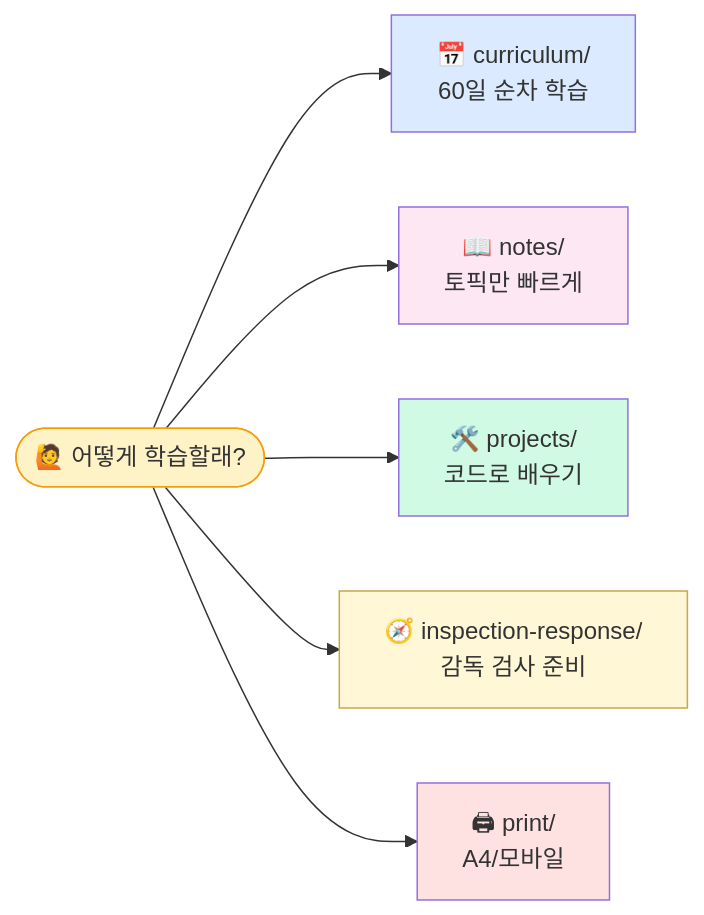
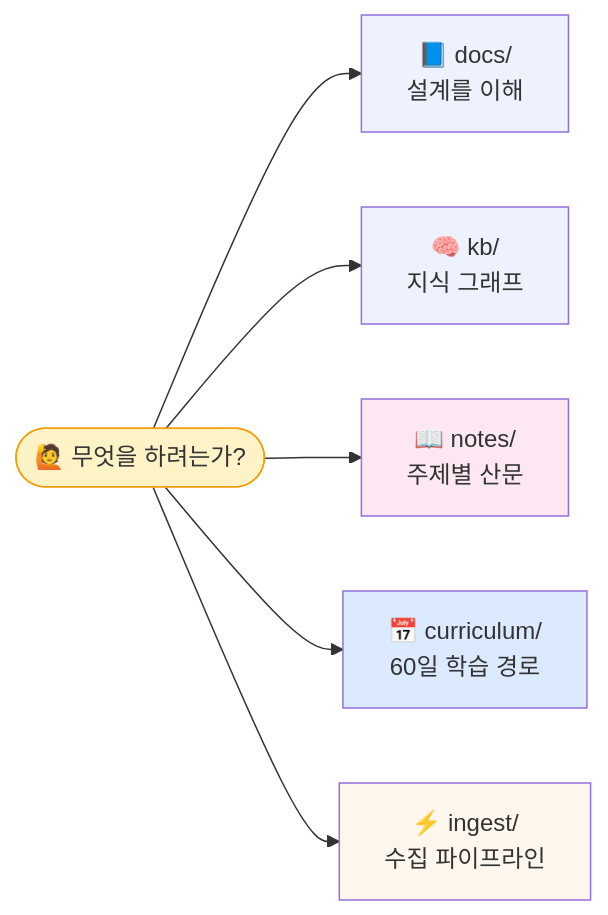
Before and after one commit to lala-david/aml-notes: the first of 2 diagrams in README.md, drawn with Mermaid. The commit also changed other lines of this file and 4 other files, not shown here.

````diff
--- a/README.md
+++ b/README.md
@@ -16,15 +36,15 @@
 ```mermaid
 flowchart LR
-    Start([🙋 어떻게 학습할래?]) --> A["📅 curriculum/<br/>60일 순차 학습"]
-    Start --> B["📖 notes/<br/>토픽만 빠르게"]
-    Start --> C["🛠️ projects/<br/>코드로 배우기"]
-    Start --> F["🧭 inspection-response/<br/>감독 검사 준비"]
-    Start --> E["🖨 print/<br/>A4/모바일"]
+    S([🙋 무엇을 하려는가?]) --> A["📘 docs/<br/>설계를 이해"]
+    S --> B["🧠 kb/<br/>지식 그래프"]
+    S --> C["📖 notes/<br/>주제별 산문"]
+    S --> D["📅 curriculum/<br/>60일 학습 경로"]
+    S --> E["⚡ ingest/<br/>수집 파이프라인"]
 
-    style Start fill:#fef3c7,stroke:#f59e0b
-    style A fill:#dbeafe
-    style B fill:#fce7f3
-    style C fill:#d1fae5
-    style F fill:#fff7d6,stroke:#c9a646
-    style E fill:#fee2e2
+    style S fill:#fef3c7,stroke:#f59e0b
+    style A fill:#eef2ff
+    style B fill:#eef2ff
+    style C fill:#fce7f3
+    style D fill:#dbeafe
+    style E fill:#fff7ed
 ```
````
